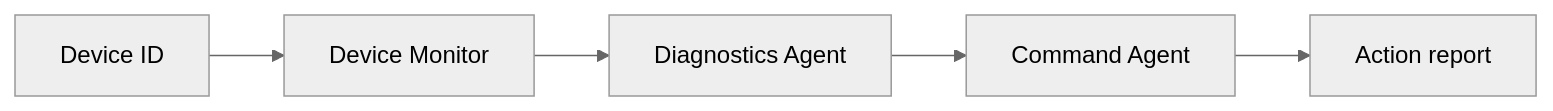
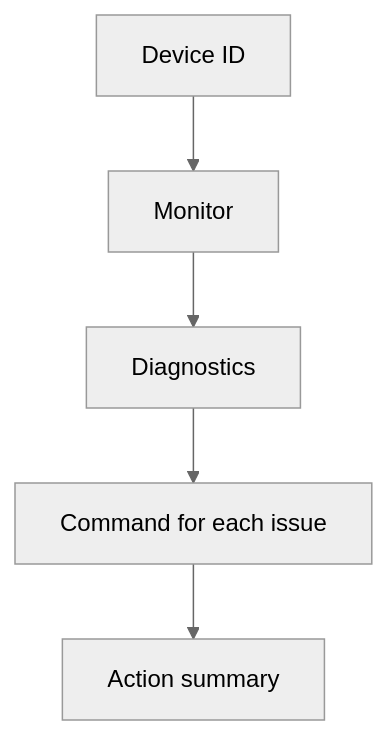
Before and after one commit to mwqas/smart_home_device_mgmt: the diagram in README.md, drawn with Mermaid (neutral theme). The commit also changed other lines of this file, not shown here.

````diff
--- a/README.md
+++ b/README.md
@@ -5,7 +7,7 @@
 ```mermaid
-flowchart LR
-  A[Device ID] --> B[Device Monitor]
-  B --> C[Diagnostics Agent]
-  C --> D[Command Agent]
-  D --> E[Action report]
+flowchart TD
+  A["Device ID"] --> B["Monitor"]
+  B --> C["Diagnostics"]
+  C --> D["Command for each issue"]
+  D --> E["Action summary"]
 ```
````
